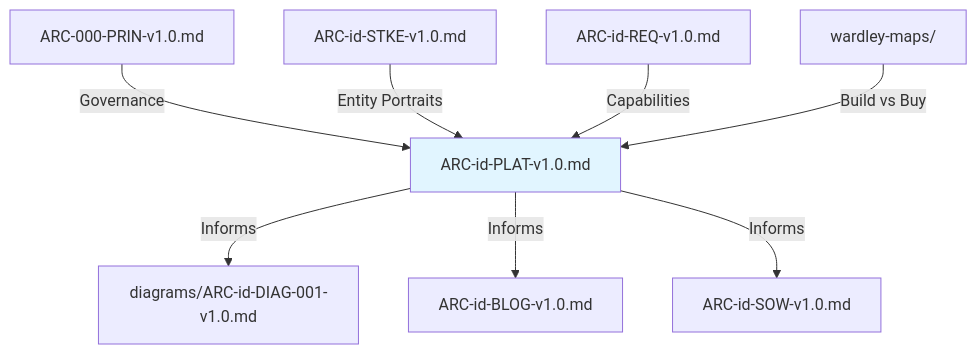
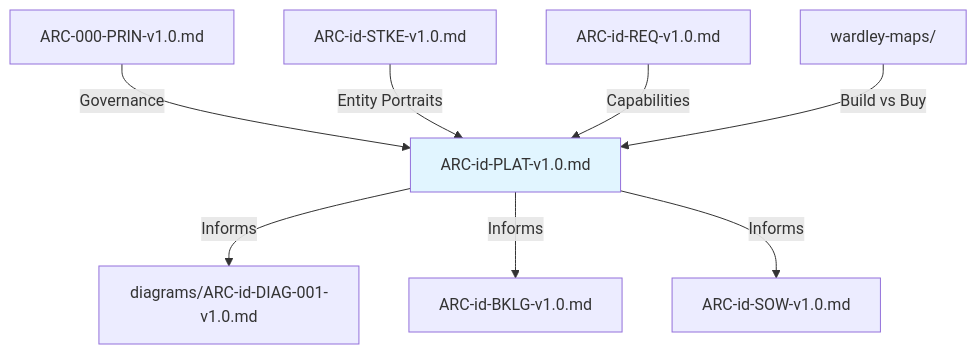
The diagram in docs/guides/platform-design.md (tractorjuice/arckit-test-project-v8-ons-data-platform), drawn with Mermaid before and after one commit. The commit also changed other lines of this file and 45 other files, not shown here.

````diff
--- a/docs/guides/platform-design.md
+++ b/docs/guides/platform-design.md
@@ -349,13 +349,13 @@
 ```mermaid
 graph TD
     A[ARC-000-PRIN-v1.0.md] -->|Governance| H[ARC-id-PLAT-v1.0.md]
     B[ARC-id-STKE-v1.0.md] -->|Entity Portraits| H
     C[ARC-id-REQ-v1.0.md] -->|Capabilities| H
     D[wardley-maps/] -->|Build vs Buy| H
 
     H -->|Informs| E[diagrams/ARC-id-DIAG-001-v1.0.md]
-    H -->|Informs| F[ARC-id-BLOG-v1.0.md]
+    H -->|Informs| F[ARC-id-BKLG-v1.0.md]
     H -->|Informs| G[ARC-id-SOW-v1.0.md]
 
     style H fill:#e1f5ff
 ```
````
